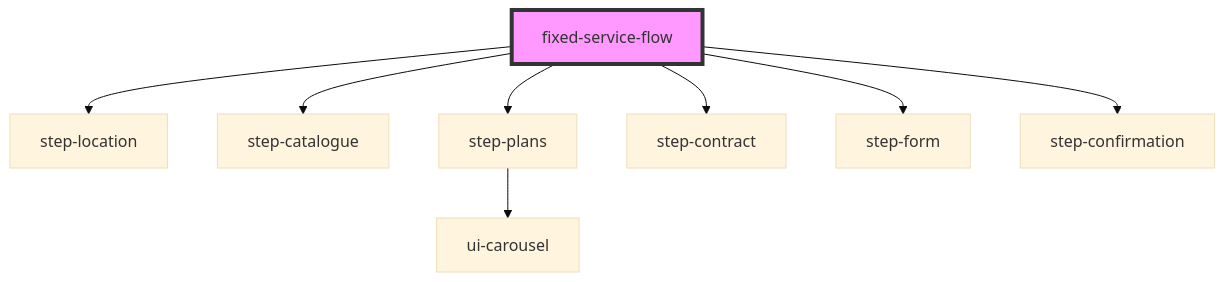
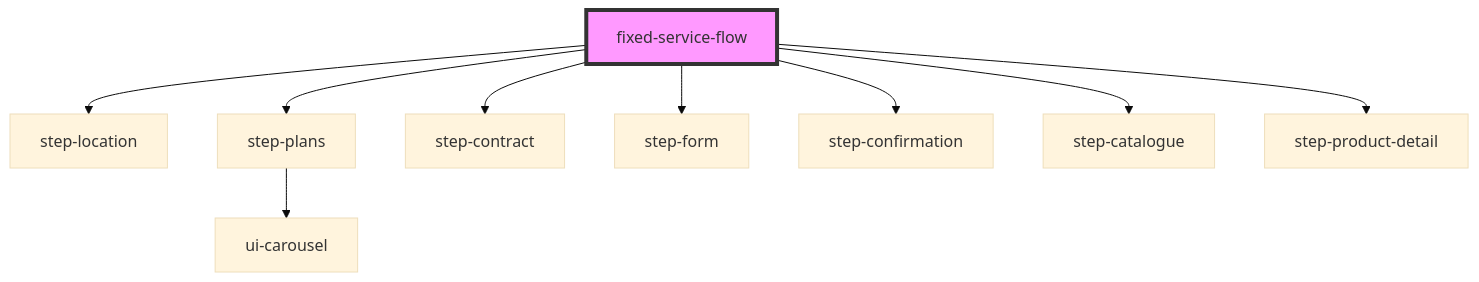
Before and after one commit to smlzjosue/fixed-service-flow-web-component: the diagram in fixed-flow-labs/fixed-service-flow/src/components/fixed-service-flow/readme.md, drawn with Mermaid (base theme). The commit also changed other lines of this file and 6 other files, not shown here.

First line of the commit message:
feat: add step-product-detail and update orchestrator for CLARO HOGAR flow

````diff
--- a/fixed-flow-labs/fixed-service-flow/src/components/fixed-service-flow/readme.md
+++ b/fixed-flow-labs/fixed-service-flow/src/components/fixed-service-flow/readme.md
@@ -41,11 +42,12 @@
 ```mermaid
 graph TD;
   fixed-service-flow --> step-location
-  fixed-service-flow --> step-catalogue
   fixed-service-flow --> step-plans
   fixed-service-flow --> step-contract
   fixed-service-flow --> step-form
   fixed-service-flow --> step-confirmation
+  fixed-service-flow --> step-catalogue
+  fixed-service-flow --> step-product-detail
   step-plans --> ui-carousel
   style fixed-service-flow fill:#f9f,stroke:#333,stroke-width:4px
 ```
````
